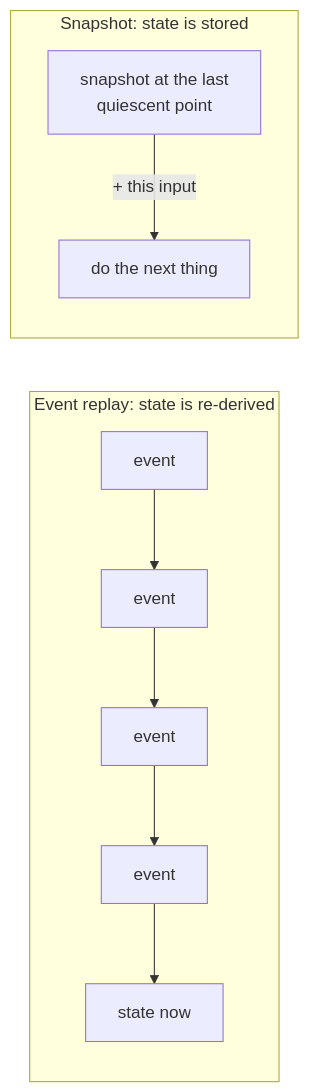
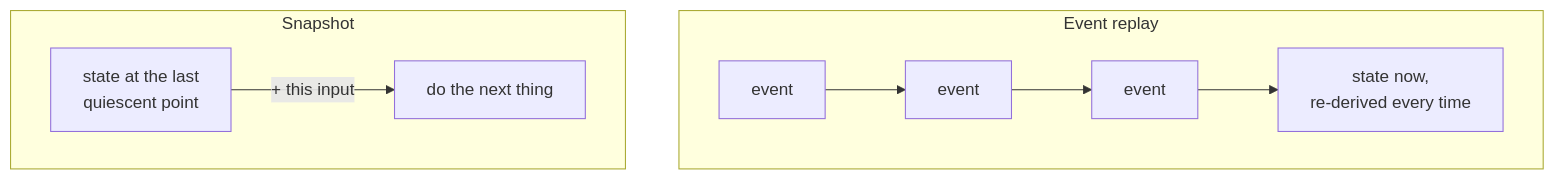
One commit to startr-trade/sutra changed the first of 2 diagrams in docs/src/internals/durable-execution.md. Above: the diagram before and after it, drawn with Mermaid. The commit also changed 18 other files, not shown here.

Commit message:
(docs) Update to the documentation diagrams

````diff
--- a/docs/src/internals/durable-execution.md
+++ b/docs/src/internals/durable-execution.md
@@ -27,9 +27,10 @@
 ```mermaid
-flowchart LR
-    subgraph ev["Event replay: state is re-derived"]
-        E1["event"] --> E2["event"] --> E3["event"] --> E4["event"] --> EN["state now"]
+flowchart TD
+    subgraph ev["Event replay"]
+        E1["event"] --> E2["event"] --> E3["event"] --> EN["state now,<br/>re-derived every time"]
     end
-    subgraph sn["Snapshot: state is stored"]
-        SNAP["snapshot at the last<br/>quiescent point"] -->|"+ this input"| NEXT["do the next thing"]
+
+    subgraph sn["Snapshot"]
+        SNAP["state at the last<br/>quiescent point"] -->|"+ this input"| NEXT["do the next thing"]
     end
 ```
````
